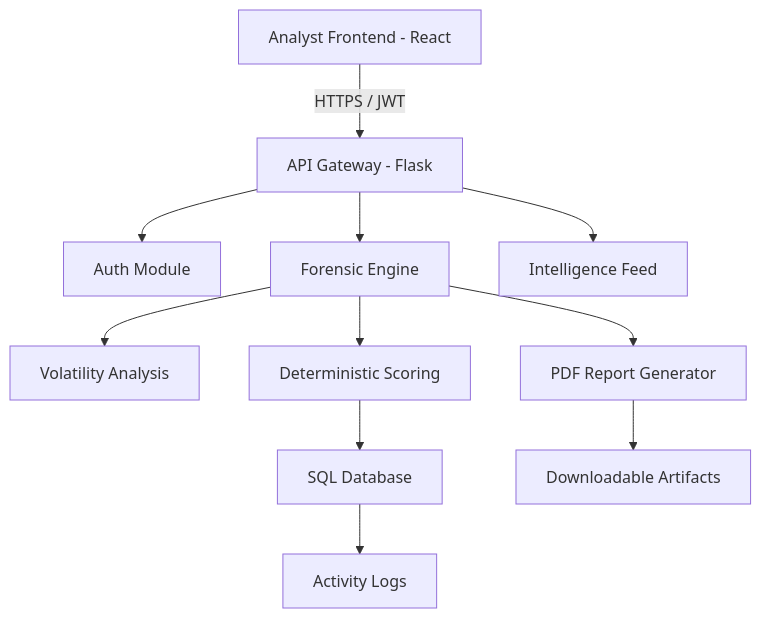
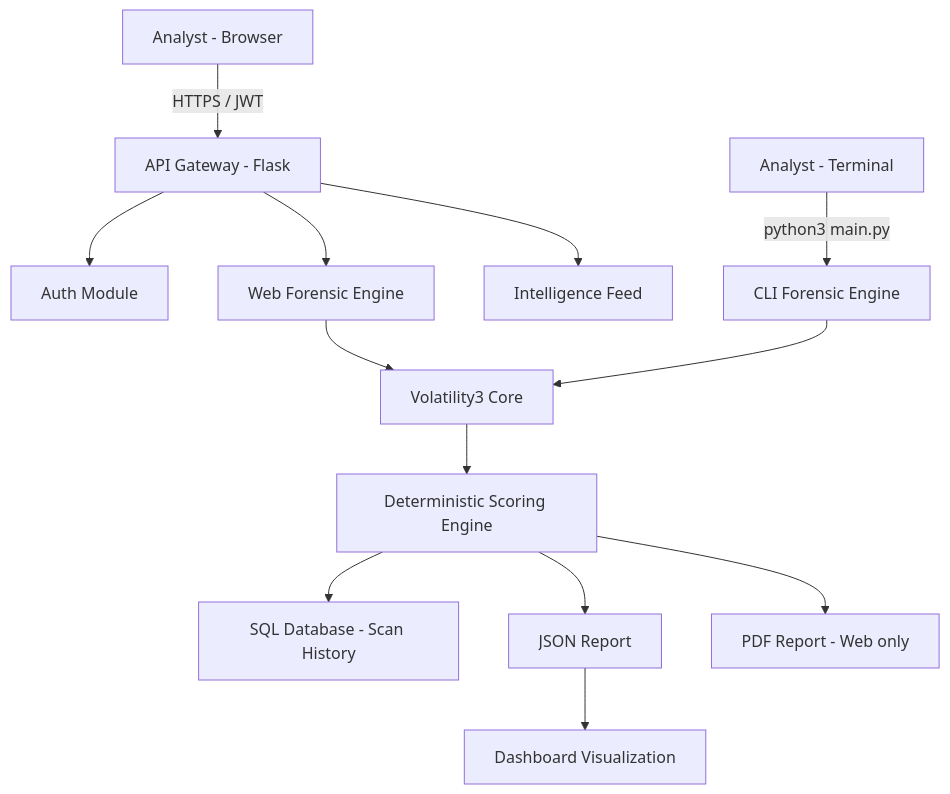
One commit to Sreyan-py/TRACE-Memory-Forensics changed the diagram in README.md. Above: the diagram before and after it, drawn with Mermaid. The commit also changed other lines of this file, not shown here.

````diff
--- a/README.md
+++ b/README.md
@@ -80,16 +154,18 @@
 ```mermaid
 graph TD
-    A[Analyst Frontend - React] -->|HTTPS / JWT| B[API Gateway - Flask]
-    B --> C[Auth Module]
-    B --> D[Forensic Engine]
-    B --> E[Intelligence Feed]
-    
-    D --> F[Volatility Analysis]
-    D --> G[Deterministic Scoring]
-    
-    G --> H[SQL Database]
-    H --> I[Activity Logs]
-    
-    D --> J[PDF Report Generator]
-    J --> K[Downloadable Artifacts]
+    A[Analyst - Browser] -->|HTTPS / JWT| B[API Gateway - Flask]
+    C[Analyst - Terminal] -->|python3 main.py| D[CLI Forensic Engine]
+
+    B --> E[Auth Module]
+    B --> F[Web Forensic Engine]
+    B --> G[Intelligence Feed]
+
+    F --> H[Volatility3 Core]
+    D --> H
+
+    H --> I[Deterministic Scoring Engine]
+    I --> J[SQL Database - Scan History]
+    I --> K[JSON Report]
+    I --> L[PDF Report - Web only]
+    K --> M[Dashboard Visualization]
 ```
````
